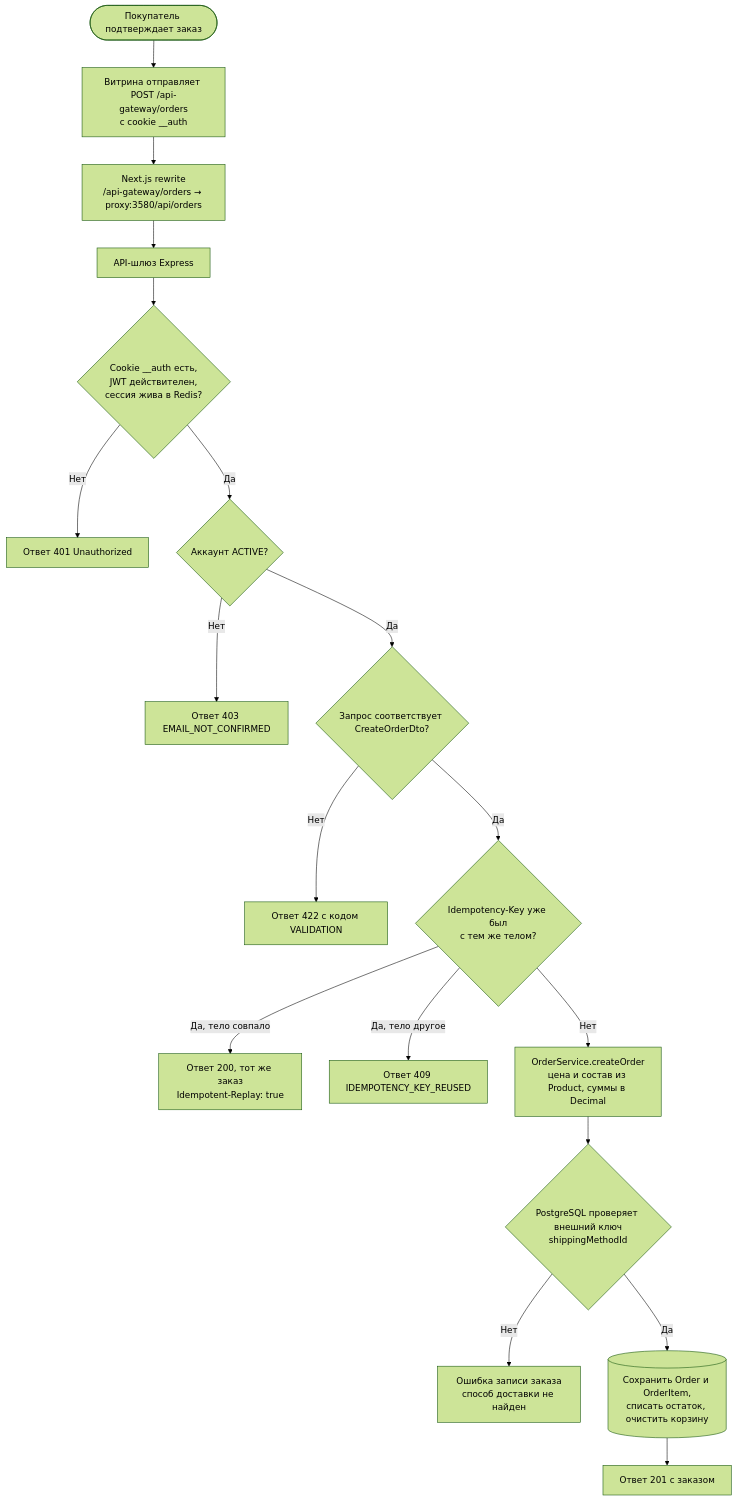
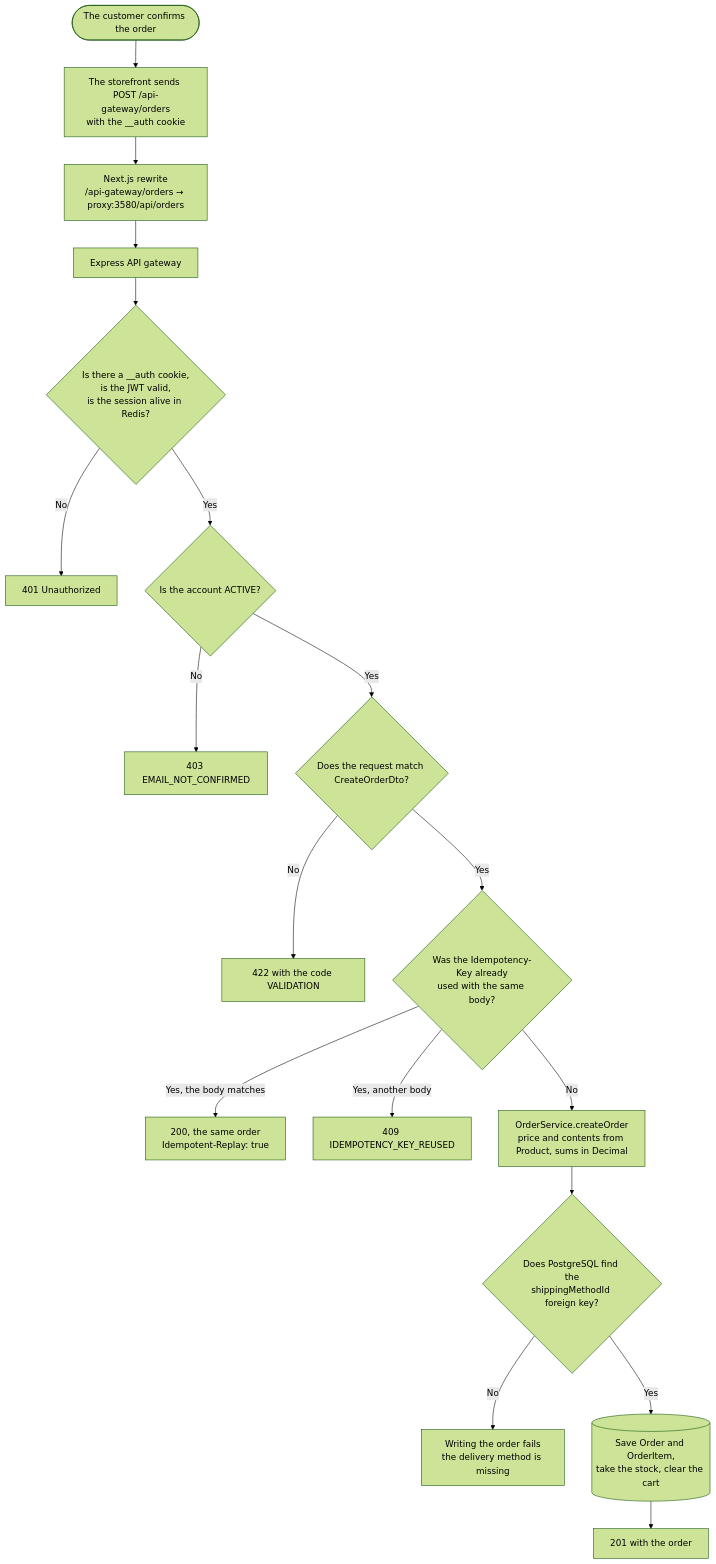
Before and after one commit to sworni1/Astrum: the second of 2 diagrams in docs/DEVELOPMENT.md, drawn with Mermaid (forest theme). The commit also changed other lines of this file and 4 other files, not shown here.

````diff
--- a/docs/DEVELOPMENT.md
+++ b/docs/DEVELOPMENT.md
@@ -68,34 +68,34 @@
 ```mermaid
 flowchart TD
-    buyer(["Покупатель подтверждает заказ"])
-    customer["Витрина отправляет POST /api-gateway/orders<br/>с cookie __auth"]
+    buyer(["The customer confirms the order"])
+    customer["The storefront sends POST /api-gateway/orders<br/>with the __auth cookie"]
     rewrite["Next.js rewrite<br/>/api-gateway/orders → proxy:3580/api/orders"]
-    api["API-шлюз Express"]
-    jwt{"Cookie __auth есть,<br/>JWT действителен,<br/>сессия жива в Redis?"}
-    unauthorized["Ответ 401 Unauthorized"]
-    active{"Аккаунт ACTIVE?"}
-    pending["Ответ 403 EMAIL_NOT_CONFIRMED"]
-    dto{"Запрос соответствует CreateOrderDto?"}
-    invalid["Ответ 422 с кодом VALIDATION"]
-    idem{"Idempotency-Key уже был<br/>с тем же телом?"}
-    replay["Ответ 200, тот же заказ<br/>Idempotent-Replay: true"]
-    reused["Ответ 409 IDEMPOTENCY_KEY_REUSED"]
-    create["OrderService.createOrder<br/>цена и состав из Product, суммы в Decimal"]
-    fk{"PostgreSQL проверяет внешний ключ<br/>shippingMethodId"}
-    fkError["Ошибка записи заказа<br/>способ доставки не найден"]
-    save[("Сохранить Order и OrderItem,<br/>списать остаток, очистить корзину")]
-    success["Ответ 201 с заказом"]
+    api["Express API gateway"]
+    jwt{"Is there a __auth cookie,<br/>is the JWT valid,<br/>is the session alive in Redis?"}
+    unauthorized["401 Unauthorized"]
+    active{"Is the account ACTIVE?"}
+    pending["403 EMAIL_NOT_CONFIRMED"]
+    dto{"Does the request match CreateOrderDto?"}
+    invalid["422 with the code VALIDATION"]
+    idem{"Was the Idempotency-Key already<br/>used with the same body?"}
+    replay["200, the same order<br/>Idempotent-Replay: true"]
+    reused["409 IDEMPOTENCY_KEY_REUSED"]
+    create["OrderService.createOrder<br/>price and contents from Product, sums in Decimal"]
+    fk{"Does PostgreSQL find the<br/>shippingMethodId foreign key?"}
+    fkError["Writing the order fails<br/>the delivery method is missing"]
+    save[("Save Order and OrderItem,<br/>take the stock, clear the cart")]
+    success["201 with the order"]
 
     buyer --> customer --> rewrite --> api --> jwt
-    jwt -->|Нет| unauthorized
-    jwt -->|Да| active
-    active -->|Нет| pending
-    active -->|Да| dto
-    dto -->|Нет| invalid
-    dto -->|Да| idem
-    idem -->|Да, тело совпало| replay
-    idem -->|Да, тело другое| reused
-    idem -->|Нет| create --> fk
-    fk -->|Нет| fkError
-    fk -->|Да| save --> success
+    jwt -->|No| unauthorized
+    jwt -->|Yes| active
+    active -->|No| pending
+    active -->|Yes| dto
+    dto -->|No| invalid
+    dto -->|Yes| idem
+    idem -->|Yes, the body matches| replay
+    idem -->|Yes, another body| reused
+    idem -->|No| create --> fk
+    fk -->|No| fkError
+    fk -->|Yes| save --> success
 ```
````
